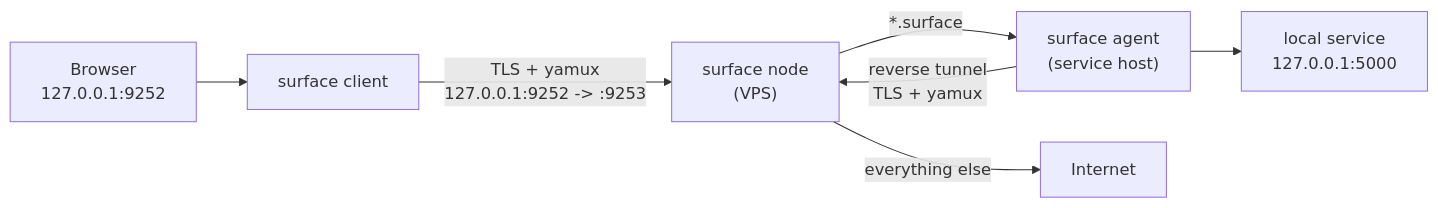
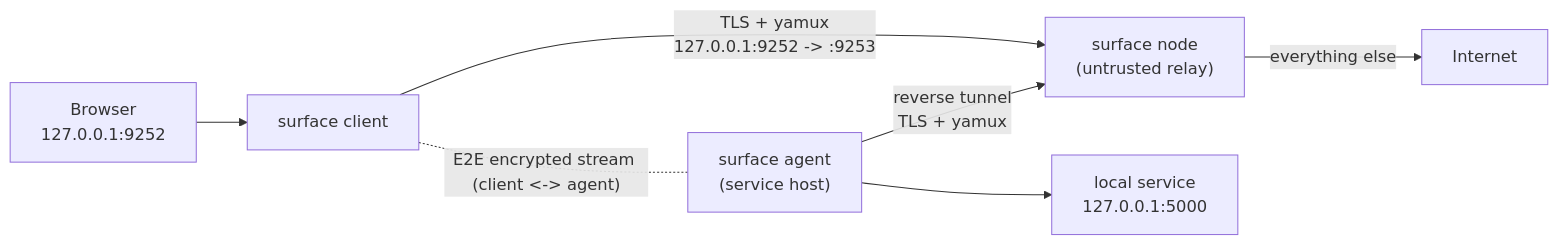
Before and after one commit to krondevs/surface: the diagram in README.md, drawn with Mermaid. The commit also changed other lines of this file and 10 other files, not shown here.

````diff
--- a/README.md
+++ b/README.md
@@ -24,9 +28,9 @@
 ```mermaid
 flowchart LR
     B["Browser<br/>127.0.0.1:9252"] --> C["surface client"]
-    C -- "TLS + yamux<br/>127.0.0.1:9252 -> :9253" --> N["surface node<br/>(VPS)"]
+    C -- "TLS + yamux<br/>127.0.0.1:9252 -> :9253" --> N["surface node<br/>(untrusted relay)"]
     A["surface agent<br/>(service host)"] -- "reverse tunnel<br/>TLS + yamux" --> N
-    N -- "*.surface" --> A
+    C -. "E2E encrypted stream (client <-> agent)" .- A
     N -- "everything else" --> I["Internet"]
     A --> S["local service<br/>127.0.0.1:5000"]
 ```
````
